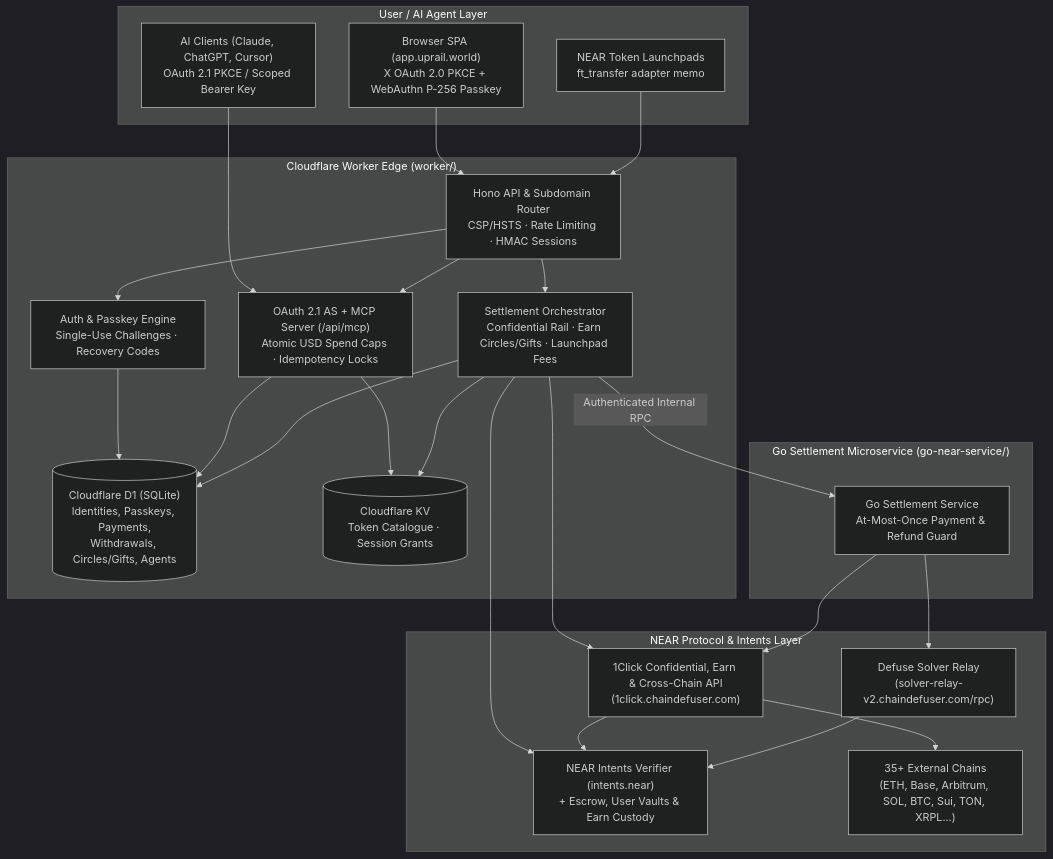
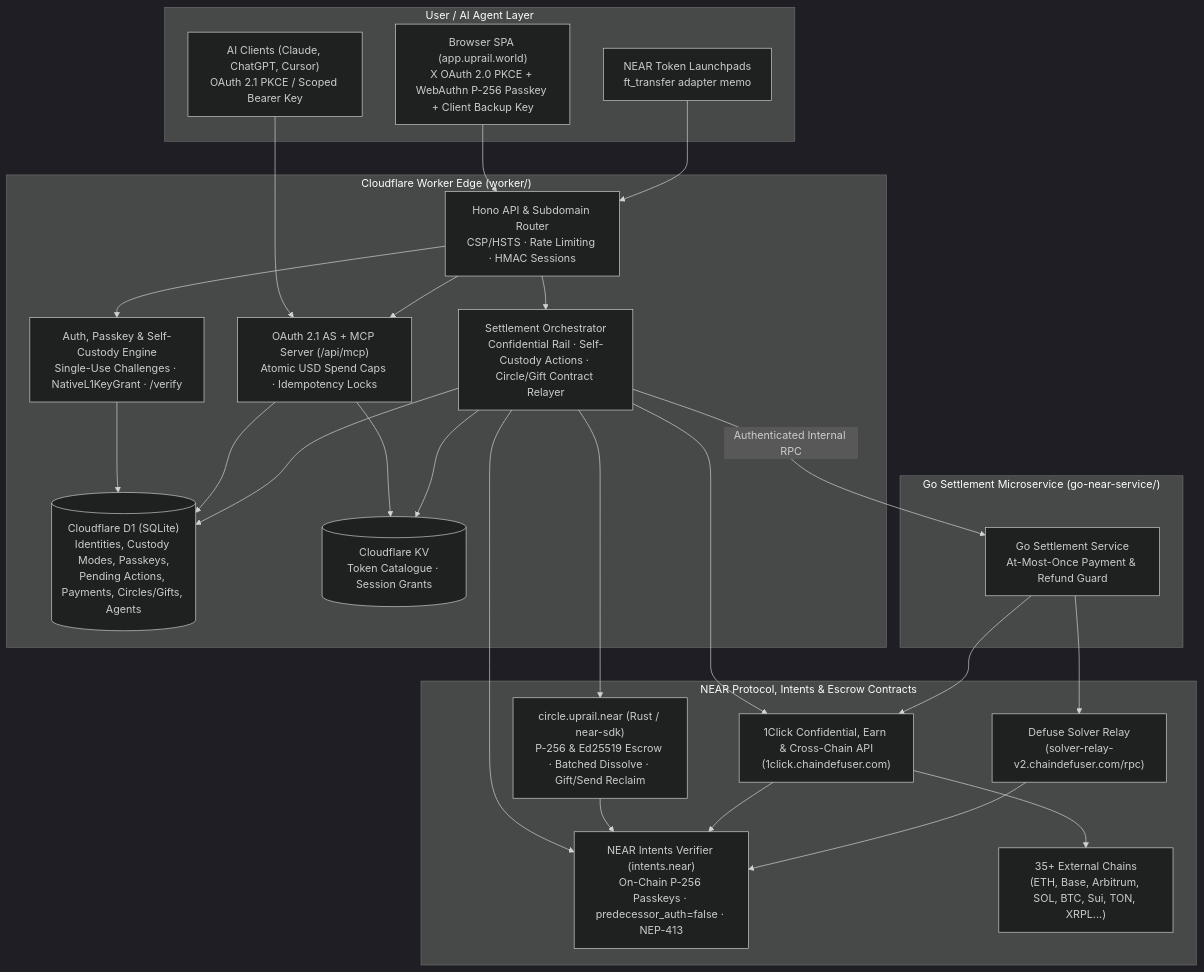
Before and after one commit to iJ03l/UPRAIL: the diagram in README.md, drawn with Mermaid (dark theme). The commit also changed other lines of this file and 64 other files, not shown here.

Commit message:
feat(custody): non-custodial passkey self-custody, circle.uprail.near contract & /verify

````diff
--- a/README.md
+++ b/README.md
@@ -332,48 +344,51 @@
 ```mermaid
 flowchart TD
     subgraph Client["User / AI Agent Layer"]
-        Browser["Browser SPA (app.uprail.world)<br/>X OAuth 2.0 PKCE + WebAuthn P-256 Passkey"]
+        Browser["Browser SPA (app.uprail.world)<br/>X OAuth 2.0 PKCE + WebAuthn P-256 Passkey + Client Backup Key"]
         AIAgent["AI Clients (Claude, ChatGPT, Cursor)<br/>OAuth 2.1 PKCE / Scoped Bearer Key"]
         Launchpad["NEAR Token Launchpads<br/>ft_transfer adapter memo"]
     end
 
     subgraph Edge["Cloudflare Worker Edge (worker/)"]
         Router["Hono API & Subdomain Router<br/>CSP/HSTS · Rate Limiting · HMAC Sessions"]
-        Auth["Auth & Passkey Engine<br/>Single-Use Challenges · Recovery Codes"]
+        Auth["Auth, Passkey & Self-Custody Engine<br/>Single-Use Challenges · NativeL1KeyGrant · /verify"]
         AgentMCP["OAuth 2.1 AS + MCP Server (/api/mcp)<br/>Atomic USD Spend Caps · Idempotency Locks"]
-        Rail["Settlement Orchestrator<br/>Confidential Rail · Earn Circles/Gifts · Launchpad Fees"]
-        D1[("Cloudflare D1 (SQLite)<br/>Identities, Passkeys, Payments,<br/>Withdrawals, Circles/Gifts, Agents")]
+        Rail["Settlement Orchestrator<br/>Confidential Rail · Self-Custody Actions · Circle/Gift Contract Relayer"]
+        D1[("Cloudflare D1 (SQLite)<br/>Identities, Custody Modes, Passkeys,<br/>Pending Actions, Payments, Circles/Gifts, Agents")]
         KV[("Cloudflare KV<br/>Token Catalogue · Session Grants")]
     end
 
     subgraph Settlement["Go Settlement Microservice (go-near-service/)"]
         GoSvc["Go Settlement Service<br/>At-Most-Once Payment & Refund Guard"]
     end
 
-    subgraph NEAR["NEAR Protocol & Intents Layer"]
+    subgraph NEAR["NEAR Protocol, Intents & Escrow Contracts"]
         OneClick["1Click Confidential, Earn & Cross-Chain API<br/>(1click.chaindefuser.com)"]
         Solver["Defuse Solver Relay<br/>(solver-relay-v2.chaindefuser.com/rpc)"]
-        IntentsContract["NEAR Intents Verifier (intents.near)<br/>+ Escrow, User Vaults & Earn Custody"]
+        IntentsContract["NEAR Intents Verifier (intents.near)<br/>On-Chain P-256 Passkeys · predecessor_auth=false · NEP-413"]
+        CircleContract["circle.uprail.near (Rust / near-sdk)<br/>P-256 & Ed25519 Escrow · Batched Dissolve · Gift/Send Reclaim"]
         DestChains["35+ External Chains<br/>(ETH, Base, Arbitrum, SOL, BTC, Sui, TON, XRPL...)"]
     end
 
     Browser --> Router
     AIAgent --> AgentMCP
     Launchpad --> Router
     Router --> Auth
     Router --> AgentMCP
     Router --> Rail
     Auth --> D1
     AgentMCP --> D1
     AgentMCP --> KV
     Rail --> D1
     Rail --> KV
     Rail -- "Authenticated Internal RPC" --> GoSvc
     Rail --> OneClick
     Rail --> IntentsContract
+    Rail --> CircleContract
+    CircleContract --> IntentsContract
     GoSvc --> OneClick
     GoSvc --> Solver
     OneClick --> IntentsContract
     Solver --> IntentsContract
     OneClick --> DestChains
 ```
````
